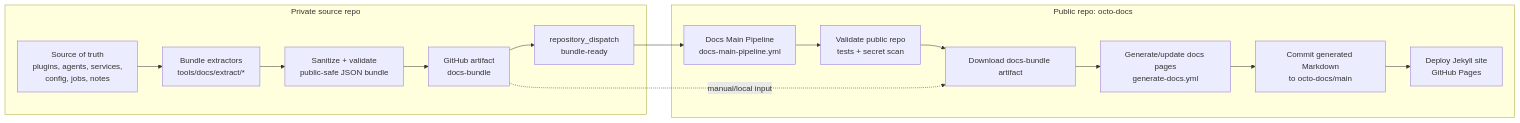
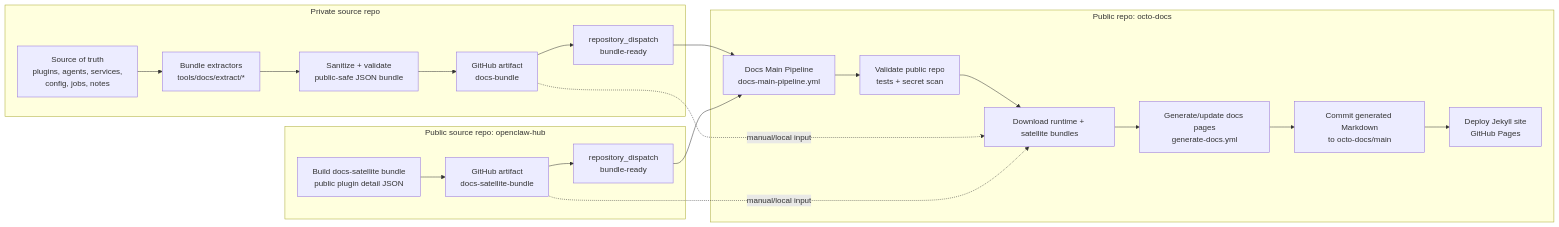
One commit to JeffSteinbok/octo-docs changed the first of 2 diagrams in README.md. Above: the diagram before and after it, drawn with Mermaid. The commit also changed other lines of this file and 10 other files, not shown here.

Commit message:
docs: merge hub plugin bundles

````diff
--- a/README.md
+++ b/README.md
@@ -25,24 +26,33 @@
 ```mermaid
 flowchart LR
     subgraph private["Private source repo"]
         source["Source of truth<br/>plugins, agents, services,<br/>config, jobs, notes"]
         extract["Bundle extractors<br/>tools/docs/extract/*"]
         sanitize["Sanitize + validate<br/>public-safe JSON bundle"]
         artifact["GitHub artifact<br/>docs-bundle"]
         dispatch["repository_dispatch<br/>bundle-ready"]
         source --> extract --> sanitize --> artifact --> dispatch
     end
 
+    subgraph hub["Public source repo: openclaw-hub"]
+        hubextract["Build docs-satellite bundle<br/>public plugin detail JSON"]
+        hubartifact["GitHub artifact<br/>docs-satellite-bundle"]
+        hubdispatch["repository_dispatch<br/>bundle-ready"]
+        hubextract --> hubartifact --> hubdispatch
+    end
+
     subgraph public["Public repo: octo-docs"]
         pipeline["Docs Main Pipeline<br/>docs-main-pipeline.yml"]
         validate["Validate public repo<br/>tests + secret scan"]
-        download["Download docs-bundle artifact"]
+        download["Download runtime + satellite bundles"]
         generate["Generate/update docs pages<br/>generate-docs.yml"]
         commit["Commit generated Markdown<br/>to octo-docs/main"]
         deploy["Deploy Jekyll site<br/>GitHub Pages"]
         pipeline --> validate --> download --> generate --> commit --> deploy
     end
 
     dispatch --> pipeline
+    hubdispatch --> pipeline
     artifact -. manual/local input .-> download
+    hubartifact -. manual/local input .-> download
 ```
````
